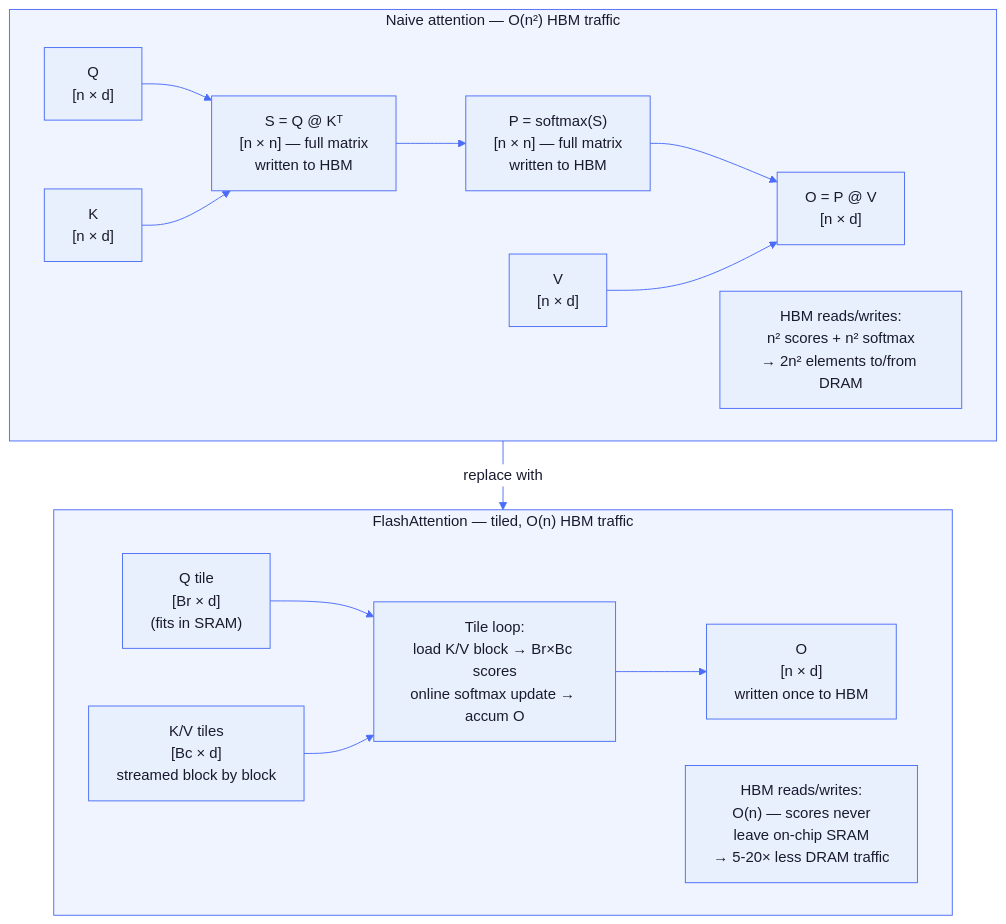
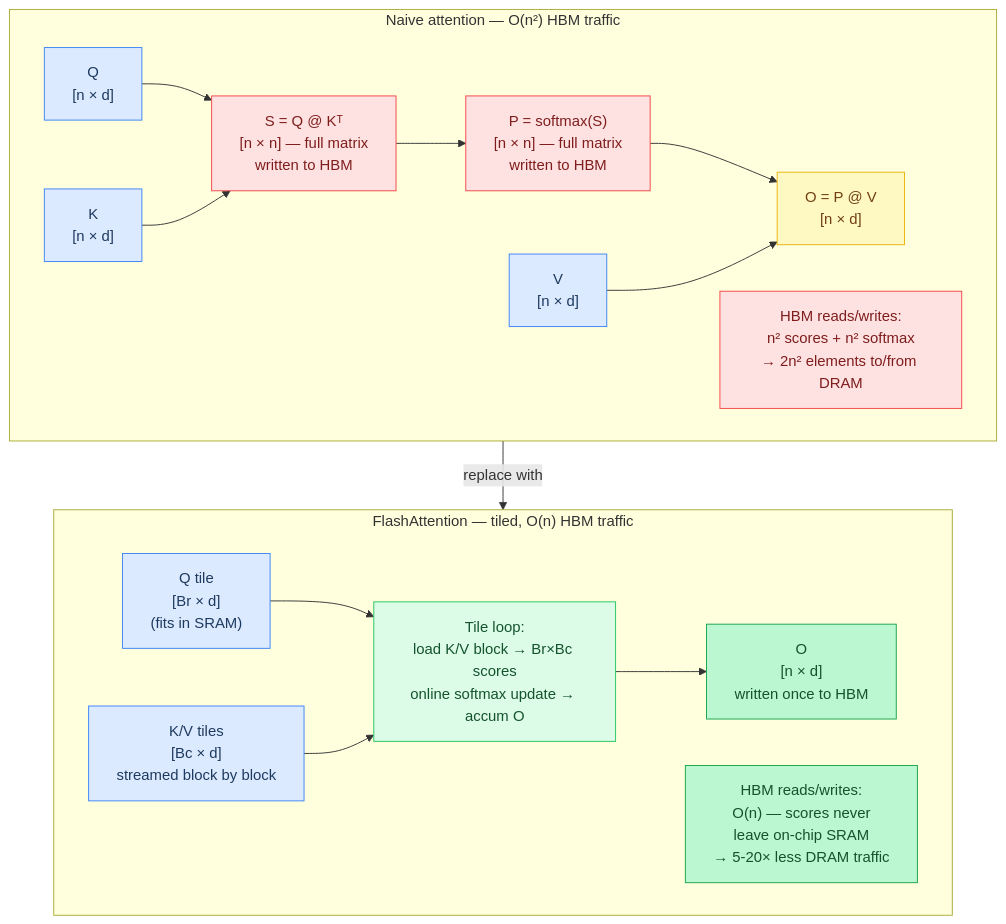
One commit to maci0/agave changed the fifth of 8 diagrams in docs/tutorial/02-the-transformer.md. Above: the diagram before and after it, drawn with Mermaid. The commit also changed other lines of this file and 24 other files, not shown here.

First line of the commit message:
docs: convert all mermaid diagrams to classDef semantic colors

````diff
--- a/docs/tutorial/02-the-transformer.md
+++ b/docs/tutorial/02-the-transformer.md
@@ -277,36 +303,42 @@
 ```mermaid
-%%{init: {'theme': 'base', 'themeVariables': {
-  'primaryColor': '#e8f0fe',
-  'primaryTextColor': '#1a1a2e',
-  'primaryBorderColor': '#4a6cf7',
-  'lineColor': '#4a6cf7',
-  'secondaryColor': '#f0f4ff',
-  'tertiaryColor': '#f8f9ff',
-  'edgeLabelBackground': '#ffffff',
-  'clusterBkg': '#f0f4ff',
-  'clusterBorder': '#4a6cf7',
-  'titleColor': '#1a1a2e',
-  'nodeTextColor': '#1a1a2e',
-  'fontFamily': 'ui-monospace, SFMono-Regular, monospace'
-}}}%%
 flowchart TD
+    classDef setup     fill:#dbeafe,stroke:#3b82f6,color:#1e3a5f
+    classDef sync      fill:#dcfce7,stroke:#22c55e,color:#14532d
+    classDef migration fill:#fef9c3,stroke:#eab308,color:#713f12
+    classDef success   fill:#bbf7d0,stroke:#16a34a,color:#14532d
+    classDef danger    fill:#fee2e2,stroke:#ef4444,color:#7f1d1d
+    classDef optional  fill:#f3e8ff,stroke:#9333ea,color:#581c87
+
+    NQ["Q\n[n × d]"]:::setup
+    NK["K\n[n × d]"]:::setup
+    NV["V\n[n × d]"]:::setup
+    NS["S = Q @ Kᵀ\n[n × n] — full matrix\nwritten to HBM"]:::danger
+    NP["P = softmax(S)\n[n × n] — full matrix\nwritten to HBM"]:::danger
+    NO["O = P @ V\n[n × d]"]:::migration
+    NMem["HBM reads/writes:\nn² scores + n² softmax\n→ 2n² elements to/from DRAM"]:::danger
+    FQ["Q tile\n[Br × d]\n(fits in SRAM)"]:::setup
+    FK["K/V tiles\n[Bc × d]\nstreamed block by block"]:::setup
+    FTile["Tile loop:\nload K/V block → Br×Bc scores\nonline softmax update → accum O"]:::sync
+    FO["O\n[n × d]\nwritten once to HBM"]:::success
+    FMem["HBM reads/writes:\nO(n) — scores never\nleave on-chip SRAM\n→ 5-20× less DRAM traffic"]:::success
+
     subgraph Naive["Naive attention — O(n²) HBM traffic"]
         direction LR
-        NQ["Q\n[n × d]"] --> NS["S = Q @ Kᵀ\n[n × n] — full matrix\nwritten to HBM"]
-        NK["K\n[n × d]"] --> NS
-        NS --> NP["P = softmax(S)\n[n × n] — full matrix\nwritten to HBM"]
-        NP --> NO["O = P @ V\n[n × d]"]
-        NV["V\n[n × d]"] --> NO
-        NMem["HBM reads/writes:\nn² scores + n² softmax\n→ 2n² elements to/from DRAM"]
+        NQ --> NS
+        NK --> NS
+        NS --> NP
+        NP --> NO
+        NV --> NO
+        NMem
     end
 
     subgraph Flash["FlashAttention — tiled, O(n) HBM traffic"]
         direction LR
-        FQ["Q tile\n[Br × d]\n(fits in SRAM)"] --> FTile["Tile loop:\nload K/V block → Br×Bc scores\nonline softmax update → accum O"]
-        FK["K/V tiles\n[Bc × d]\nstreamed block by block"] --> FTile
-        FTile --> FO["O\n[n × d]\nwritten once to HBM"]
-        FMem["HBM reads/writes:\nO(n) — scores never\nleave on-chip SRAM\n→ 5-20× less DRAM traffic"]
+        FQ --> FTile
+        FK --> FTile
+        FTile --> FO
+        FMem
     end
 
     Naive -->|"replace with"| Flash
 ```
````
